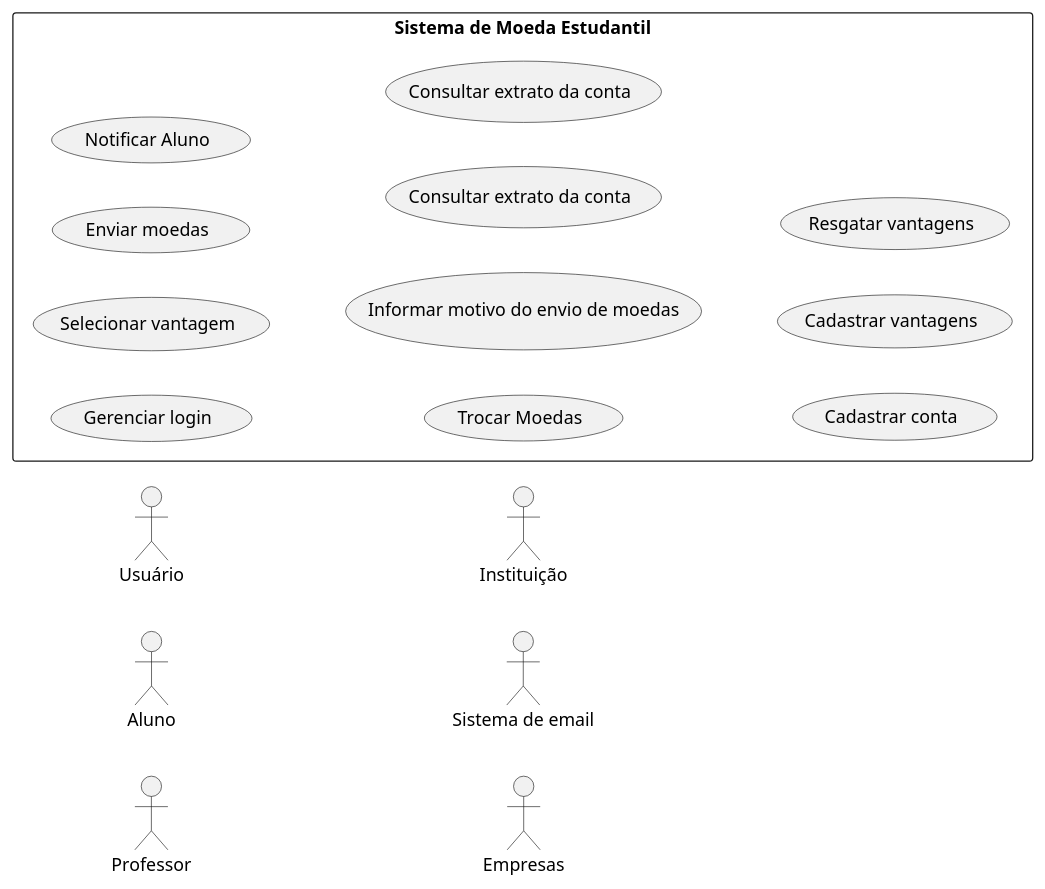
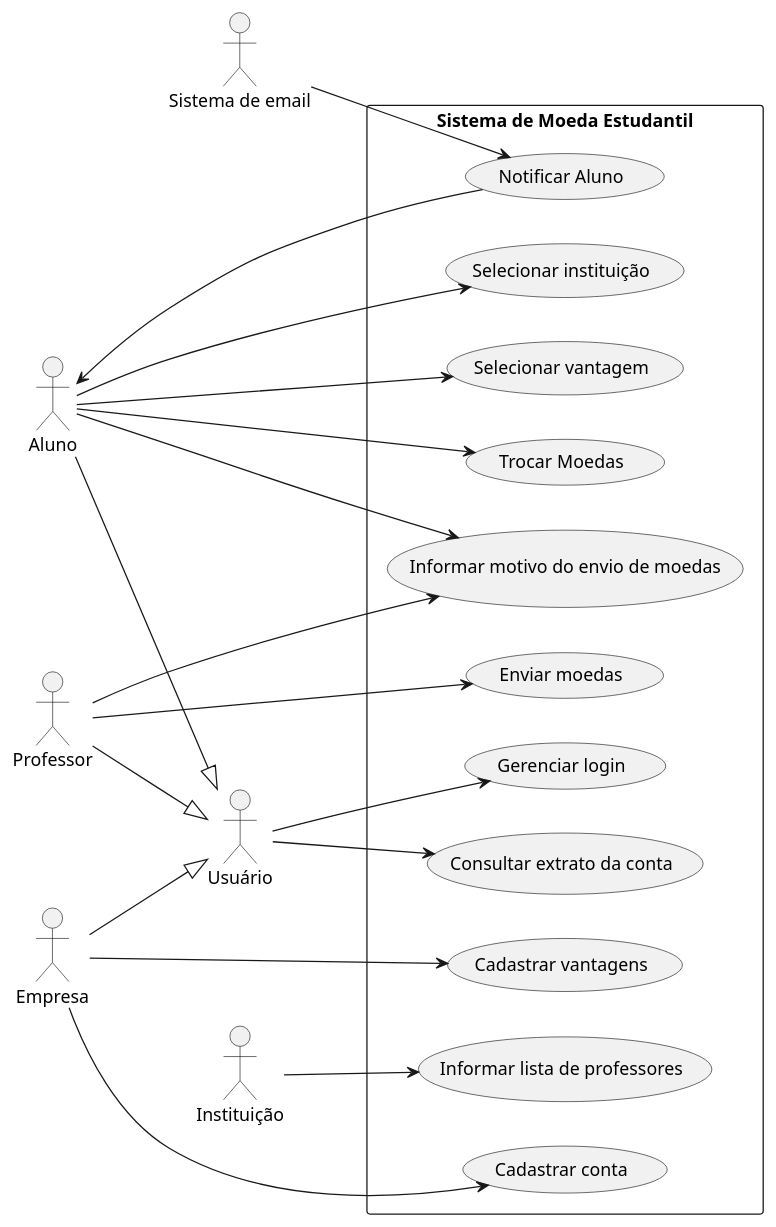
One commit to brunokilo/lab03-projetoSoftware changed the diagram in docs/caso-de-uso.puml. Above: the diagram before and after it, drawn with PlantUML. The commit also changed 1 other file, not shown here.

Commit message:
docs: atualiza diagrama de caso de uso com novos atores e casos de uso para o Sistema de Moeda Estudantil

```diff
--- a/docs/caso-de-uso.puml
+++ b/docs/caso-de-uso.puml
@@ -1,26 +1,49 @@
 @startuml
 left to right direction
 skinparam packageStyle rectangle
 
+actor "Sistema de email" as Sistema_de_email
 actor "Usuário" as Usuario
 actor  Aluno
 actor  Professor
+actor  Empresa
 actor "Instituição" as Instituicao
-actor "Sistema de email" as Sistema_de_email
-actor Empresas
+
+Aluno --|> Usuario
+Professor --|> Usuario
+Empresa --|> Usuario
 
 rectangle "Sistema de Moeda Estudantil" {
     usecase "Gerenciar login" as UC01 
     usecase "Selecionar instituição" as UC02 
-    usecase "Selecionar vantagem" as UC02 
-    usecase "Enviar moedas" as UC03 
-    usecase "Notificar Aluno" as UC04 
-    usecase "Trocar Moedas" as UC05
-    usecase "Informar motivo do envio de moedas" as UC06
-    usecase "Consultar extrato da conta" as UC07
+    usecase "Selecionar vantagem" as UC03 
+    usecase "Enviar moedas" as UC04
+    usecase "Notificar Aluno" as UC05 
+    usecase "Trocar Moedas" as UC06
+    usecase "Informar motivo do envio de moedas" as UC07
     usecase "Consultar extrato da conta" as UC08
-    usecase "Cadastrar conta" as UC09
-    usecase "Cadastrar vantagens" as UC10
-    usecase "Resgatar vantagens" as UC11
+    usecase "Informar lista de professores" as UC09
+    usecase "Cadastrar conta" as UC10
+    usecase "Cadastrar vantagens" as UC11
 }
+
+Usuario --> UC01
+Usuario --> UC08
+
+Aluno --> UC02
+Aluno --> UC03
+Aluno --> UC06
+Aluno --> UC07
+
+Professor --> UC04
+Professor --> UC07
+
+Sistema_de_email --> UC05
+
+UC05 --> Aluno
+
+Instituicao --> UC09
+
+Empresa --> UC10
+Empresa --> UC11
 @enduml
```
